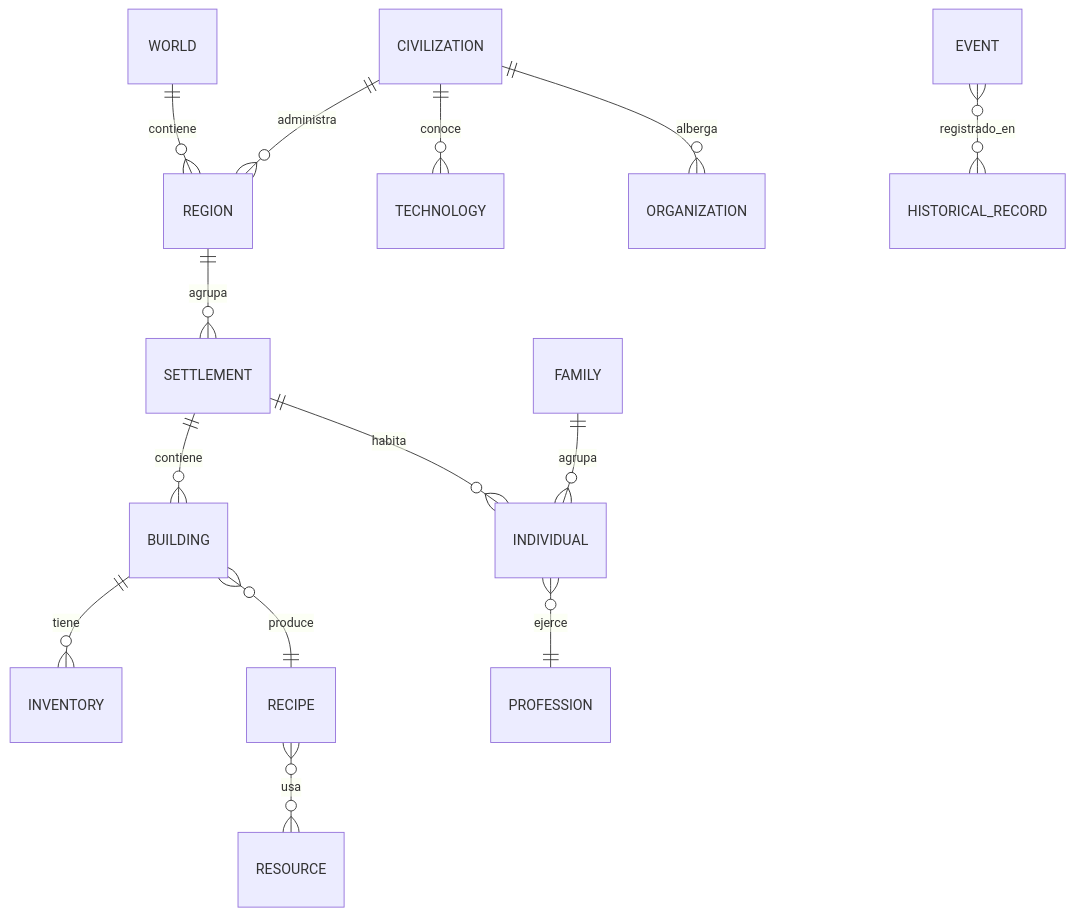
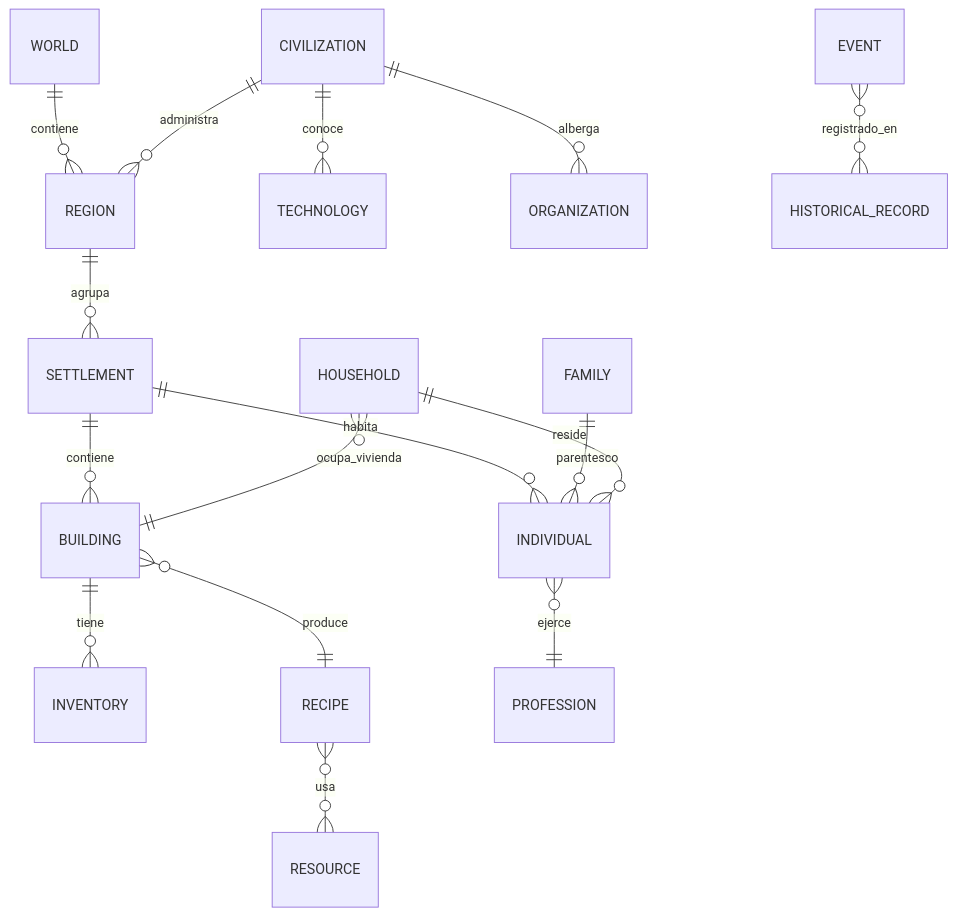
The second of 2 diagrams in SHARED_DATA_MODEL.md (guidoalloatti/civilizations-evolution-doc), drawn with Mermaid before and after one commit. The commit also changed other lines of this file and 7 other files, not shown here.

````diff
--- a/SHARED_DATA_MODEL.md
+++ b/SHARED_DATA_MODEL.md
@@ -169,16 +228,18 @@
 ```mermaid
 erDiagram
     WORLD ||--o{ REGION : contiene
     REGION ||--o{ SETTLEMENT : agrupa
     CIVILIZATION ||--o{ REGION : administra
     SETTLEMENT ||--o{ BUILDING : contiene
     SETTLEMENT ||--o{ INDIVIDUAL : habita
-    FAMILY ||--o{ INDIVIDUAL : agrupa
+    FAMILY ||--o{ INDIVIDUAL : parentesco
+    HOUSEHOLD ||--o{ INDIVIDUAL : reside
+    HOUSEHOLD }o--|| BUILDING : ocupa_vivienda
     BUILDING ||--o{ INVENTORY : tiene
     BUILDING }o--|| RECIPE : produce
     RECIPE }o--o{ RESOURCE : usa
     INDIVIDUAL }o--|| PROFESSION : ejerce
     CIVILIZATION ||--o{ TECHNOLOGY : conoce
     CIVILIZATION ||--o{ ORGANIZATION : alberga
     EVENT }o--o{ HISTORICAL_RECORD : registrado_en
 ```
````
